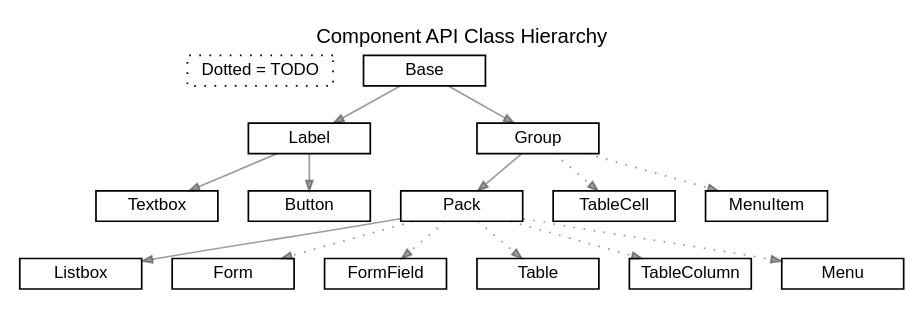
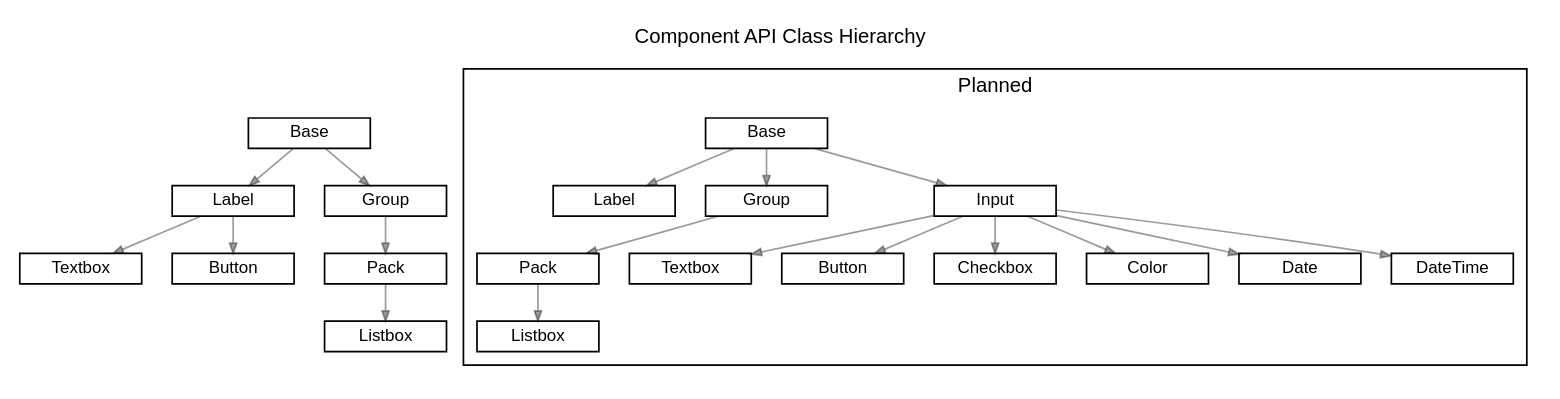
One commit to RyanScottLewis/cura changed the diagram in doc/graphs/Component API Class Hierarchy.dot. Above: the diagram before and after it, drawn with Graphviz.

Commit message:
Small component API graph updates

```diff
--- a/doc/graphs/Component API Class Hierarchy.dot
+++ b/doc/graphs/Component API Class Hierarchy.dot
@@ -1,28 +1,74 @@
-digraph component_api {
+digraph component_planned_api {
   label = "Component API Class Hierarchy";
   labelloc="top";
   fontsize=12;
   fontname=Helvetica;
   ranksep=0.3;
-  /*size="10,10";*/
   rankdir=TB;
 
   node[fontsize=10, fontname=Helvetica, shape=box, width=1, height=0.25, fixedsize=true]
   edge[fontsize=10, fontname=Helvetica, arrowsize=0.6, color="#00000064"];
 
-  "Dotted = TODO" [width=1.2, style=dotted]
+  component_base [label="Base"];
+  component_label [label="Label"];
+  component_textbox [label="Textbox"];
+  component_button [label="Button"];
+  component_group [label="Group"];
+  component_pack [label="Pack"];
+  component_listbox [label="Listbox"];
 
-  "Base" -> "Label";
-  "Label" -> "Textbox";
-  "Label" -> "Button";
-  "Base" -> "Group";
-  "Group" -> "Pack";
-  "Group" -> "TableCell" [style=dotted];
-  "Group" -> "MenuItem" [style=dotted];
-  "Pack" -> "Listbox";
-  "Pack" -> "Form" [style=dotted];
-  "Pack" -> "FormField" [style=dotted];
-  "Pack" -> "Table" [style=dotted];
-  "Pack" -> "TableColumn" [style=dotted];
-  "Pack" -> "Menu" [style=dotted];
+  component_base -> component_label;
+  component_label -> component_textbox;
+  component_label -> component_button;
+  component_base -> component_group;
+  component_group -> component_pack;
+  component_pack -> component_listbox;
+
+  subgraph cluster_planned {
+    label="Planned";
+
+
+    planned_base [label="Base"];
+    planned_label [label="Label"];
+
+    planned_group [label="Group"];
+    planned_pack [label="Pack"];
+    planned_listbox [label="Listbox"];
+
+    planned_input [label="Input"];
+    planned_textbox [label="Textbox"];
+    planned_button [label="Button"];
+    planned_checkbox [label="Checkbox"];
+    planned_color [label="Color"];
+    planned_date [label="Date"];
+    planned_date_time [label="DateTime"];
+
+
+    planned_base -> planned_label;
+
+    planned_base -> planned_group;
+    planned_group -> planned_pack;
+    planned_pack -> planned_listbox;
+
+    planned_base -> planned_input;
+    planned_input -> planned_textbox;
+    planned_input -> planned_button;
+    planned_input -> planned_checkbox;
+    planned_input -> planned_color;
+    planned_input -> planned_date;
+    planned_input -> planned_date_time;
+
+    /*"Label" -> "Textbox";
+    "Label" -> "Button";
+    "Base" -> "Group";
+    "Group" -> "Pack";
+    "Group" -> "TableCell" [style=dotted];
+    "Group" -> "MenuItem" [style=dotted];
+    "Pack" -> "Listbox";
+    "Pack" -> "Form" [style=dotted];
+    "Pack" -> "FormField" [style=dotted];
+    "Pack" -> "Table" [style=dotted];
+    "Pack" -> "TableColumn" [style=dotted];
+    "Pack" -> "Menu" [style=dotted];*/
+  }
 }
```
